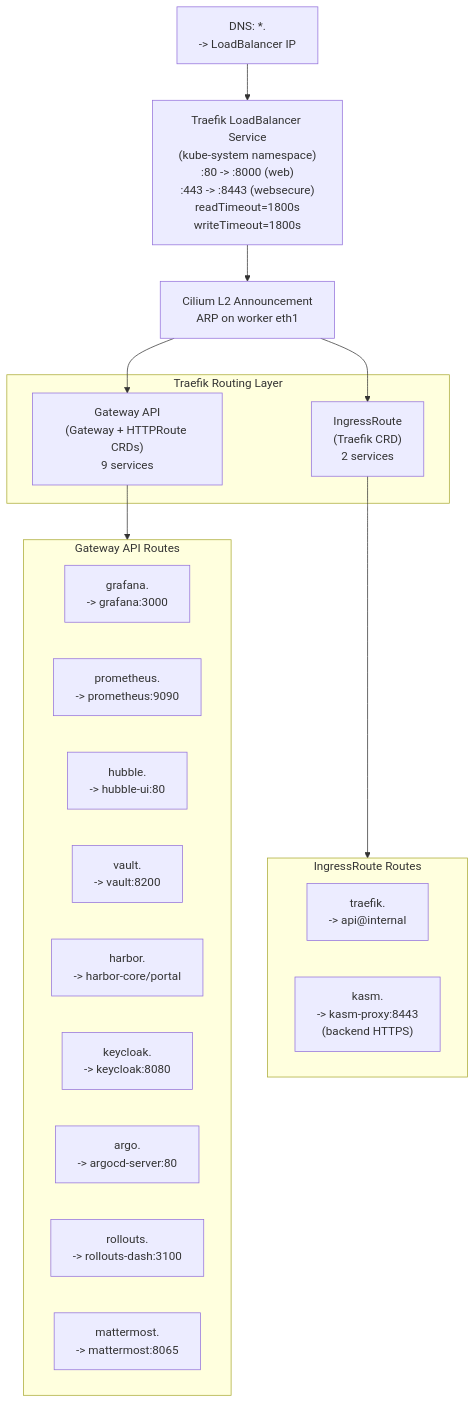
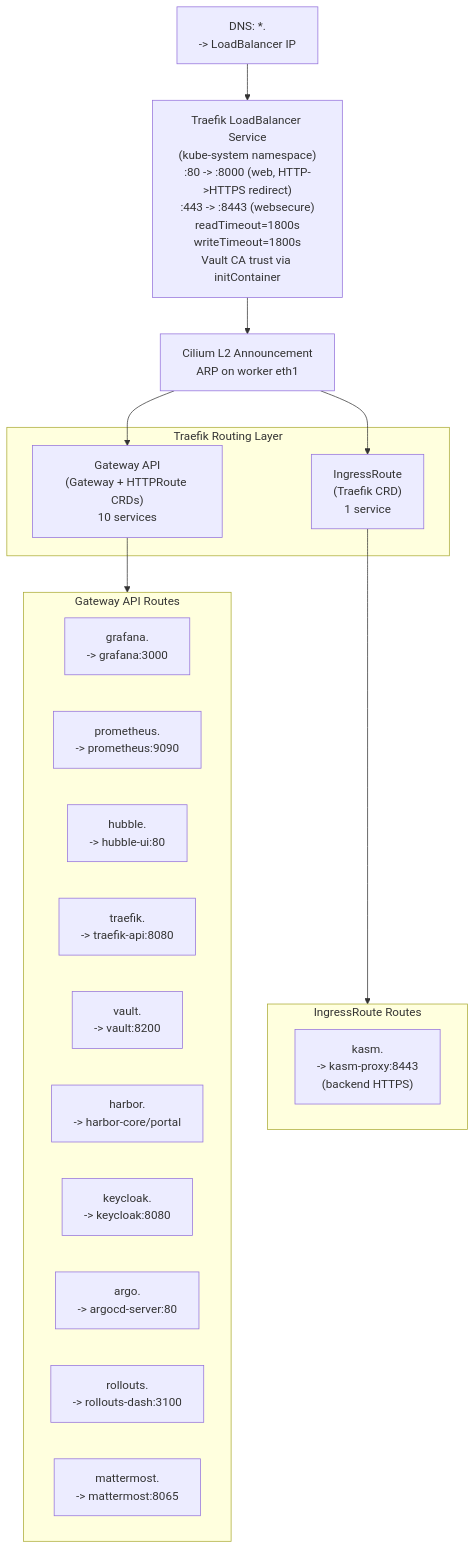
The seventh of 26 diagrams in docs/engineering/system-architecture.md (derhornspieler/harvester-rke2-platform), drawn with Mermaid before and after one commit. The commit also changed other lines of this file and 50 other files, not shown here.

````diff
--- a/docs/engineering/system-architecture.md
+++ b/docs/engineering/system-architecture.md
@@ -348,37 +356,37 @@
 ```mermaid
 graph TD
     DNS["DNS: *.<DOMAIN><br/>-> LoadBalancer IP"]
-    LB["Traefik LoadBalancer Service<br/>(kube-system namespace)<br/>:80 -> :8000 (web)<br/>:443 -> :8443 (websecure)<br/>readTimeout=1800s<br/>writeTimeout=1800s"]
+    LB["Traefik LoadBalancer Service<br/>(kube-system namespace)<br/>:80 -> :8000 (web, HTTP->HTTPS redirect)<br/>:443 -> :8443 (websecure)<br/>readTimeout=1800s<br/>writeTimeout=1800s<br/>Vault CA trust via initContainer"]
     L2A["Cilium L2 Announcement<br/>ARP on worker eth1"]
 
     subgraph Routing["Traefik Routing Layer"]
-        GW["Gateway API<br/>(Gateway + HTTPRoute CRDs)<br/>9 services"]
-        IR["IngressRoute<br/>(Traefik CRD)<br/>2 services"]
+        GW["Gateway API<br/>(Gateway + HTTPRoute CRDs)<br/>10 services"]
+        IR["IngressRoute<br/>(Traefik CRD)<br/>1 service"]
     end
 
     subgraph GWAPI["Gateway API Routes"]
         direction LR
         Grafana["grafana.<DOMAIN><br/>-> grafana:3000"]
         Prometheus["prometheus.<DOMAIN><br/>-> prometheus:9090"]
         Hubble["hubble.<DOMAIN><br/>-> hubble-ui:80"]
+        TraefikR["traefik.<DOMAIN><br/>-> traefik-api:8080"]
         VaultR["vault.<DOMAIN><br/>-> vault:8200"]
         HarborR["harbor.<DOMAIN><br/>-> harbor-core/portal"]
         KeycloakR["keycloak.<DOMAIN><br/>-> keycloak:8080"]
         ArgoR["argo.<DOMAIN><br/>-> argocd-server:80"]
         RolloutsR["rollouts.<DOMAIN><br/>-> rollouts-dash:3100"]
         MMR["mattermost.<DOMAIN><br/>-> mattermost:8065"]
     end
 
     subgraph IRRoutes["IngressRoute Routes"]
         direction LR
-        TraefikR["traefik.<DOMAIN><br/>-> api@internal"]
         KasmR["kasm.<DOMAIN><br/>-> kasm-proxy:8443<br/>(backend HTTPS)"]
     end
 
     DNS --> LB
     LB --> L2A
     L2A --> GW
     L2A --> IR
     GW --> GWAPI
     IR --> IRRoutes
 ```
````
